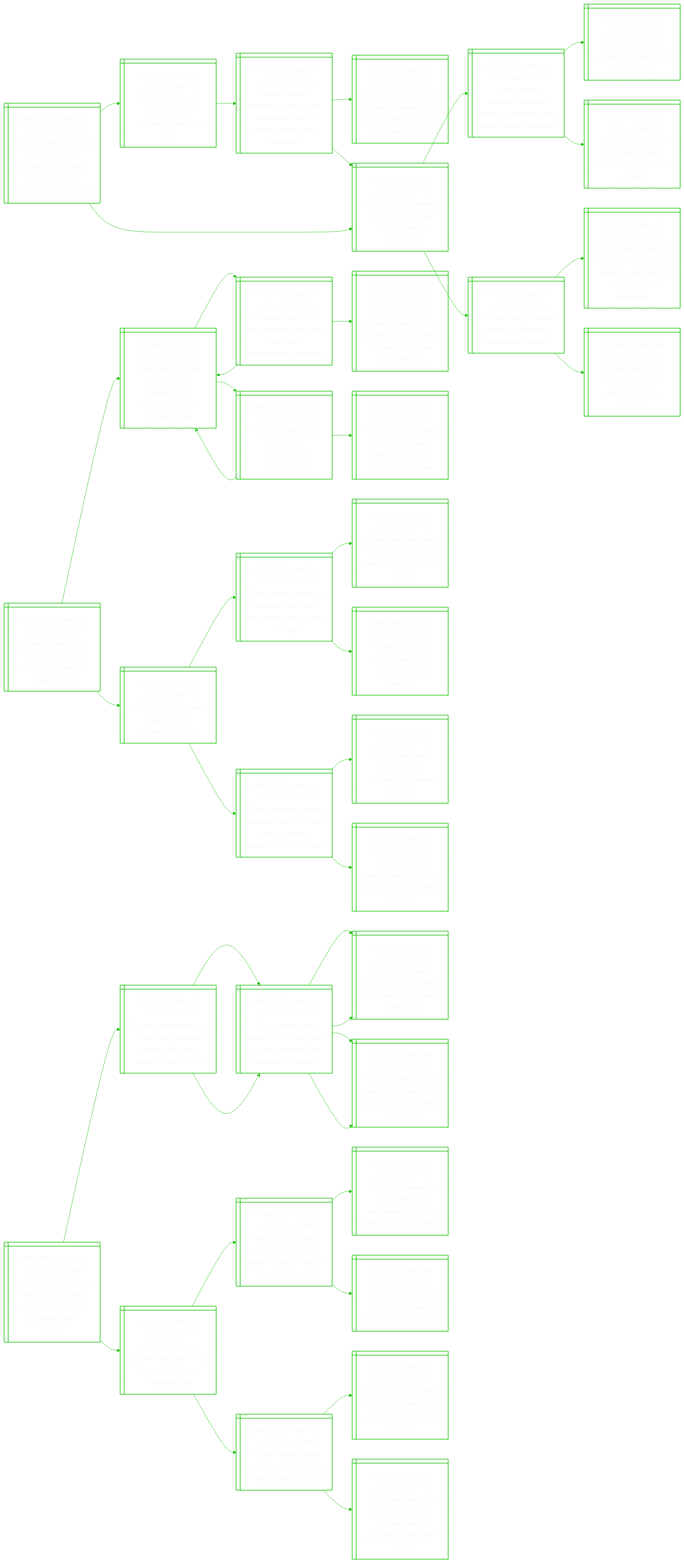
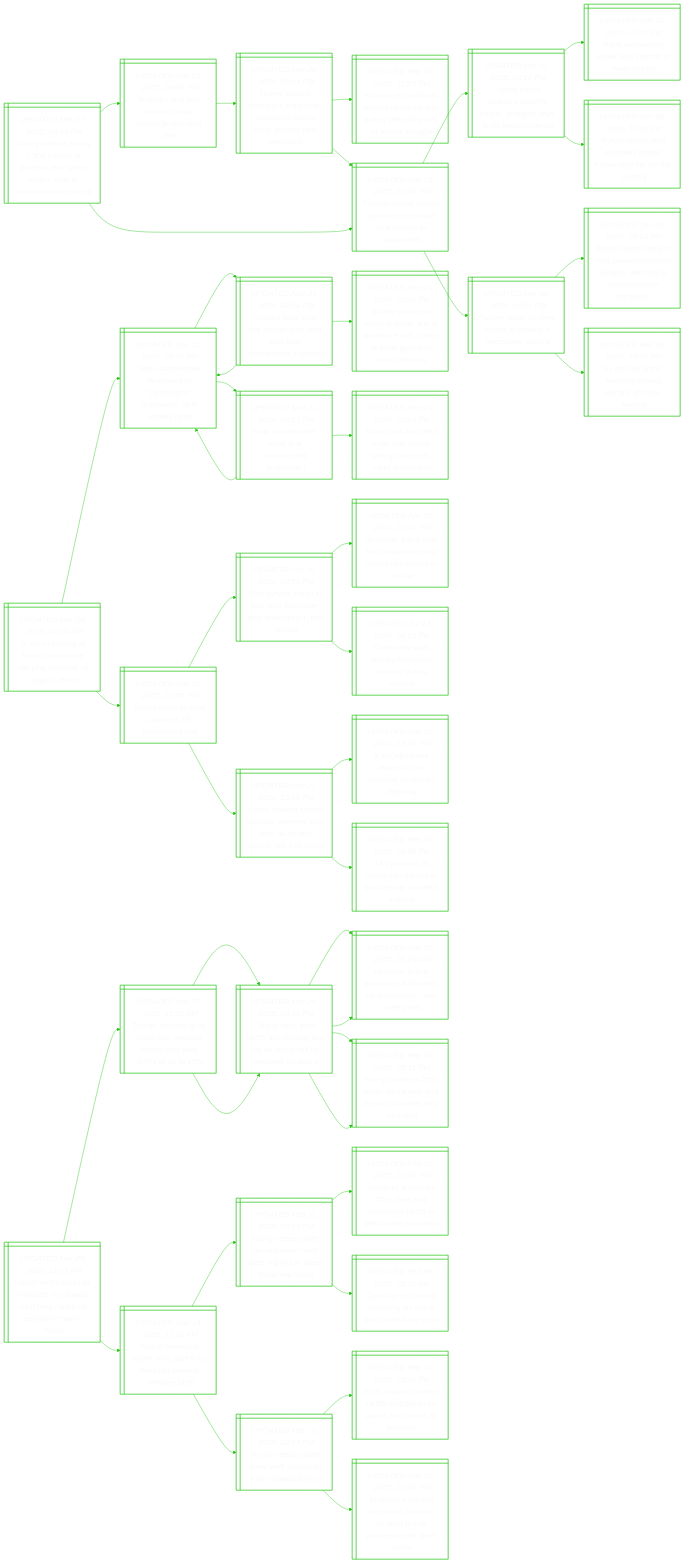
One commit to notJmes/notJmes changed the diagram in README.md. Above: the diagram before and after it, drawn with Mermaid. The commit also changed other lines of this file, not shown here.

```diff
--- a/README.md
+++ b/README.md
@@ -53,7 +53,7 @@
 TyynoUneau:::txtsize --> Raceaaeiaagcolao:::txtsize
 TyynoUneau:::txtsize --> Wnolykocsi:::txtsize
 
-dsnotacissgrt@{ shape: win-pane, label: "_UPDATED Mar 27, 2025, 10:11 PM_
+dsnotacissgrt@{ shape: win-pane, label: "_UPDATED Mar 28, 2025, 10:55 AM_
 6  die in sinking of tourist submarine carrying russians off egypt’s resort" }
 Tsreriapmilrd@{ shape: win-pane, label: "_UPDATED Nov 21, 2024, 02:36 PM_
 Titan submersible destroyed in ‘catastrophic implosion’, all 5 aboard dead" }
@@ -99,7 +99,7 @@
 Ssnfrrosetiiiea:::txtsize --> Spnuncnaha:::txtsize
 Ssnfrrosetiiiea:::txtsize --> SatsieohaeJ:::txtsize
 
-LrfuieaEhuemrm@{ shape: win-pane, label: "_UPDATED Mar 28, 2025, 01:05 AM_
+LrfuieaEhuemrm@{ shape: win-pane, label: "_UPDATED Mar 28, 2025, 11:13 AM_
 Larger tariffs could be imposed on canada, eu if they cause us ‘economic harm’: trump" }
 Treudpeahtfp@{ shape: win-pane, label: "_UPDATED Mar 27, 2025, 11:20 AM_
 Trump, ratcheting up trade war, presses ahead with auto tariffs of up to 25%" }
```
